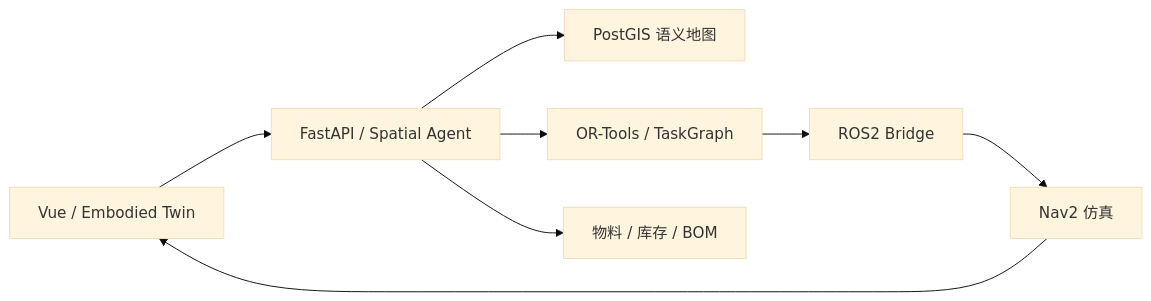
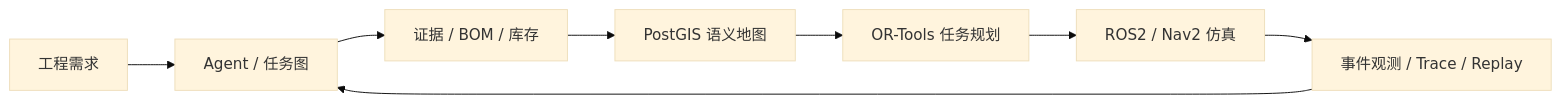
The diagram in README.zh-CN.md (Yvniverse/MaterialBrain-public), drawn with Mermaid (base theme) before and after one commit. The commit also changed other lines of this file and 13 other files, not shown here.

````diff
--- a/README.zh-CN.md
+++ b/README.zh-CN.md
@@ -22,10 +32,10 @@
 ```mermaid
 flowchart LR
-  UI[Vue / Embodied Twin] --> API[FastAPI / Spatial Agent]
-  API --> MAP[PostGIS 语义地图]
-  API --> PLAN[OR-Tools / TaskGraph]
-  PLAN --> BRIDGE[ROS2 Bridge]
-  BRIDGE --> NAV[Nav2 仿真]
-  NAV --> UI
-  API --> DOMAIN[物料 / 库存 / BOM]
+  Need[工程需求] --> Agent[Agent / 任务图]
+  Agent --> BOM[证据 / BOM / 库存]
+  BOM --> Geo[PostGIS 语义地图]
+  Geo --> Plan[OR-Tools 任务规划]
+  Plan --> Nav[ROS2 / Nav2 仿真]
+  Nav --> Replay[事件观测 / Trace / Replay]
+  Replay --> Agent
 ```
````
